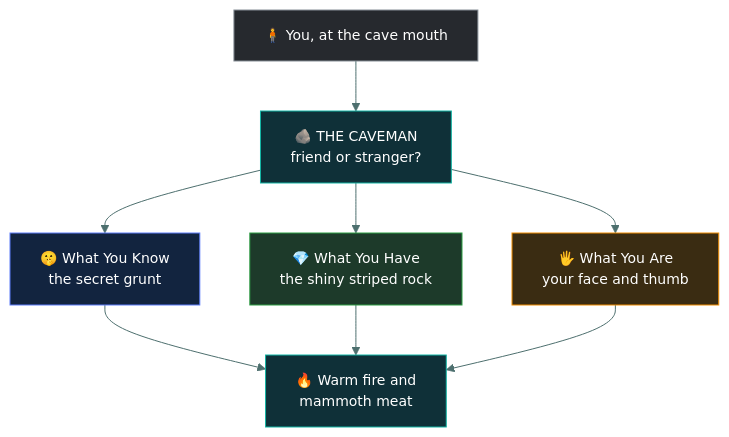
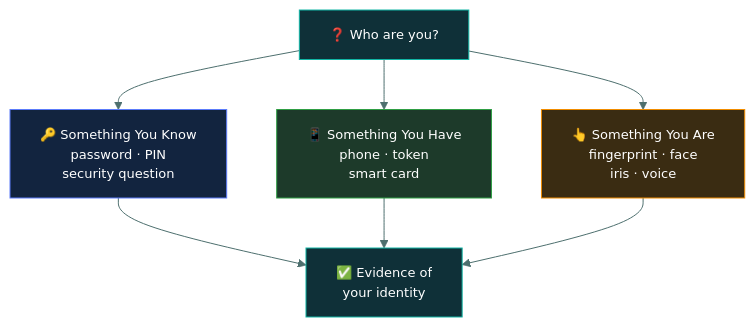
The second of 4 diagrams in 01-security-principles/authentication/README.md (tarunTejaDesireddy/cc-exam-prep), drawn with Mermaid before and after one commit. The commit also changed other lines of this file and 1 other file, not shown here.

First line of the commit message:
Rewrite authentication with the full Grog-vs-guard walkthrough

````diff
--- a/01-security-principles/authentication/README.md
+++ b/01-security-principles/authentication/README.md
@@ -35,19 +121,17 @@
 ```mermaid
-%%{init: {'theme':'base','themeVariables':{'fontFamily':'Segoe UI, Helvetica Neue, Arial, sans-serif','fontSize':'14px','lineColor':'#4d6f6e','textColor':'#dbe7e6'}}}%%
+%%{init: {'theme':'base','themeVariables':{'fontFamily':'Segoe UI, Helvetica Neue, Arial, sans-serif','fontSize':'13px','lineColor':'#4d6f6e','textColor':'#dbe7e6'}}}%%
 flowchart TD
-    YOU["🧍 You, at the cave mouth"]
-    YOU --> GUARD["🪨 THE CAVEMAN<br/>friend or stranger?"]
-    GUARD --> K["🤫 What You Know<br/>the secret grunt"]
-    GUARD --> H["💎 What You Have<br/>the shiny striped rock"]
-    GUARD --> A["🖐️ What You Are<br/>your face and thumb"]
-    K --> IN["🔥 Warm fire and<br/>mammoth meat"]
-    H --> IN
-    A --> IN
+    ID["❓ Who are you?"]
+    ID --> K["🔑 Something You Know<br/>password · PIN<br/>security question"]
+    ID --> H["📱 Something You Have<br/>phone · token<br/>smart card"]
+    ID --> A["👆 Something You Are<br/>fingerprint · face<br/>iris · voice"]
+    K --> PROOF["✅ Evidence of<br/>your identity"]
+    H --> PROOF
+    A --> PROOF
 
-    style YOU fill:#26292e,stroke:#868E96,color:#fff
-    style GUARD fill:#0f3038,stroke:#12B5A5,color:#fff
+    style ID fill:#0f3038,stroke:#12B5A5,color:#fff
     style K fill:#12243f,stroke:#5C7CFA,color:#fff
     style H fill:#1d3a2a,stroke:#2F9E44,color:#fff
     style A fill:#3a2c12,stroke:#F08C00,color:#fff
-    style IN fill:#0f3038,stroke:#12B5A5,color:#fff
+    style PROOF fill:#0f3038,stroke:#12B5A5,color:#fff
 ```
````
